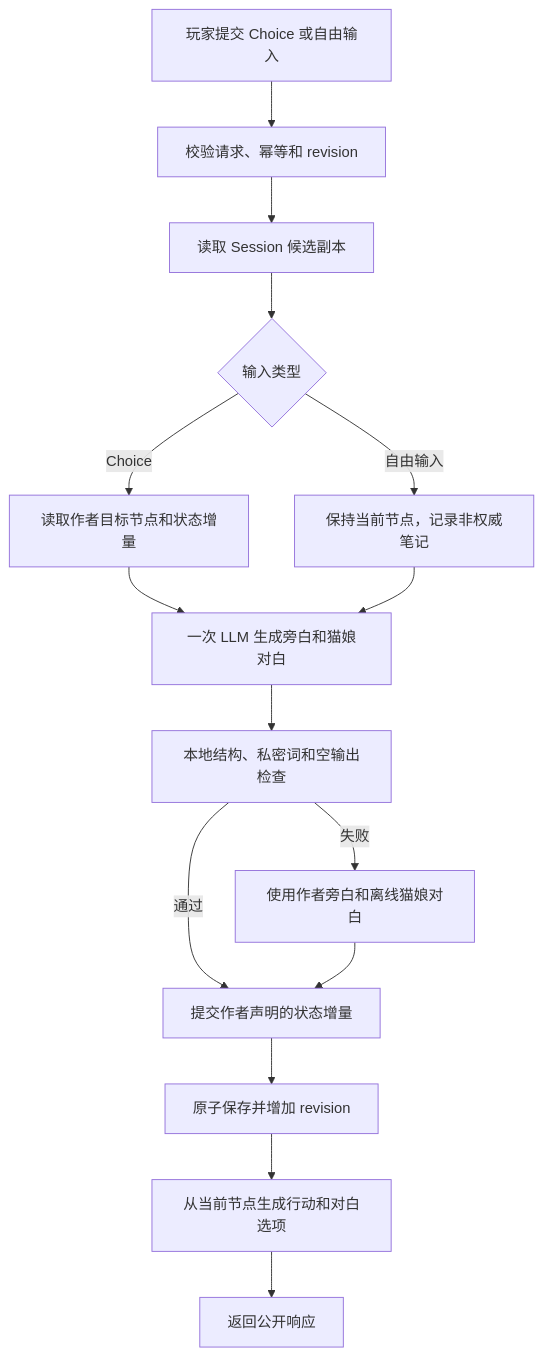
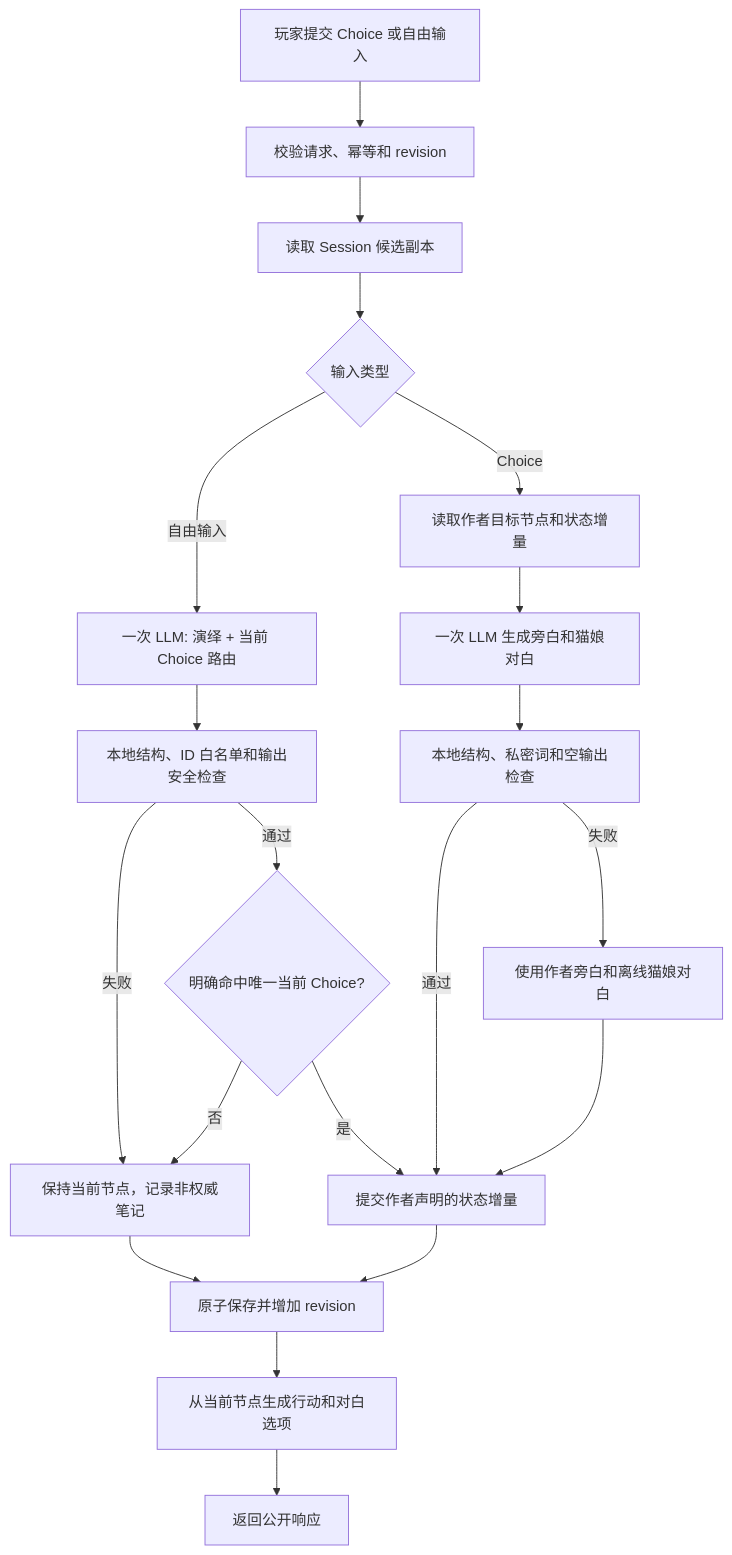
One commit to Project-N-E-K-O/N.E.K.O changed the diagram in docs/design/neko-theater-slimming-proposal.md. Above: the diagram before and after it, drawn with Mermaid. The commit also changed other lines of this file and 40 other files, not shown here.

First line of the commit message:
feat(theater): 完成小剧场 v2.4 状态图与演绎升级

````diff
--- a/docs/design/neko-theater-slimming-proposal.md
+++ b/docs/design/neko-theater-slimming-proposal.md
@@ -178,17 +178,22 @@
 ```mermaid
 flowchart TD
     INPUT["玩家提交 Choice 或自由输入"] --> GUARD["校验请求、幂等和 revision"]
     GUARD --> COPY["读取 Session 候选副本"]
     COPY --> KIND{"输入类型"}
     KIND -->|"Choice"| ROUTE["读取作者目标节点和状态增量"]
-    KIND -->|"自由输入"| HOLD["保持当前节点，记录非权威笔记"]
+    KIND -->|"自由输入"| FREE_RENDER["一次 LLM: 演绎 + 当前 Choice 路由"]
     ROUTE --> RENDER["一次 LLM 生成旁白和猫娘对白"]
-    HOLD --> RENDER
+    FREE_RENDER --> FREE_VALIDATE["本地结构、ID 白名单和输出安全检查"]
+    FREE_VALIDATE -->|"通过"| MATCH{"明确命中唯一当前 Choice?"}
+    FREE_VALIDATE -->|"失败"| HOLD
+    MATCH -->|"是"| COMMIT
+    MATCH -->|"否"| HOLD["保持当前节点，记录非权威笔记"]
     RENDER --> VALIDATE["本地结构、私密词和空输出检查"]
     VALIDATE -->|"通过"| COMMIT["提交作者声明的状态增量"]
     VALIDATE -->|"失败"| FALLBACK["使用作者旁白和离线猫娘对白"]
     FALLBACK --> COMMIT
+    HOLD --> SAVE
     COMMIT --> SAVE["原子保存并增加 revision"]
     SAVE --> PROJECT["从当前节点生成行动和对白选项"]
     PROJECT --> RESPONSE["返回公开响应"]
 ```
````
